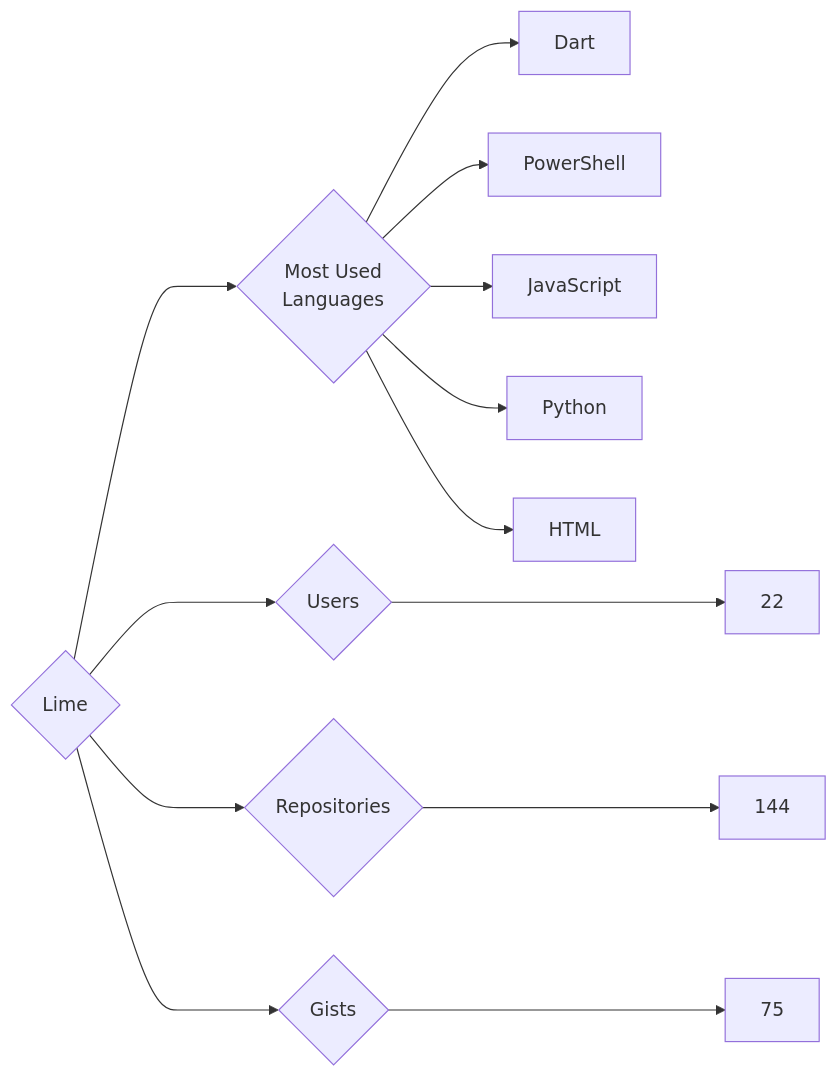
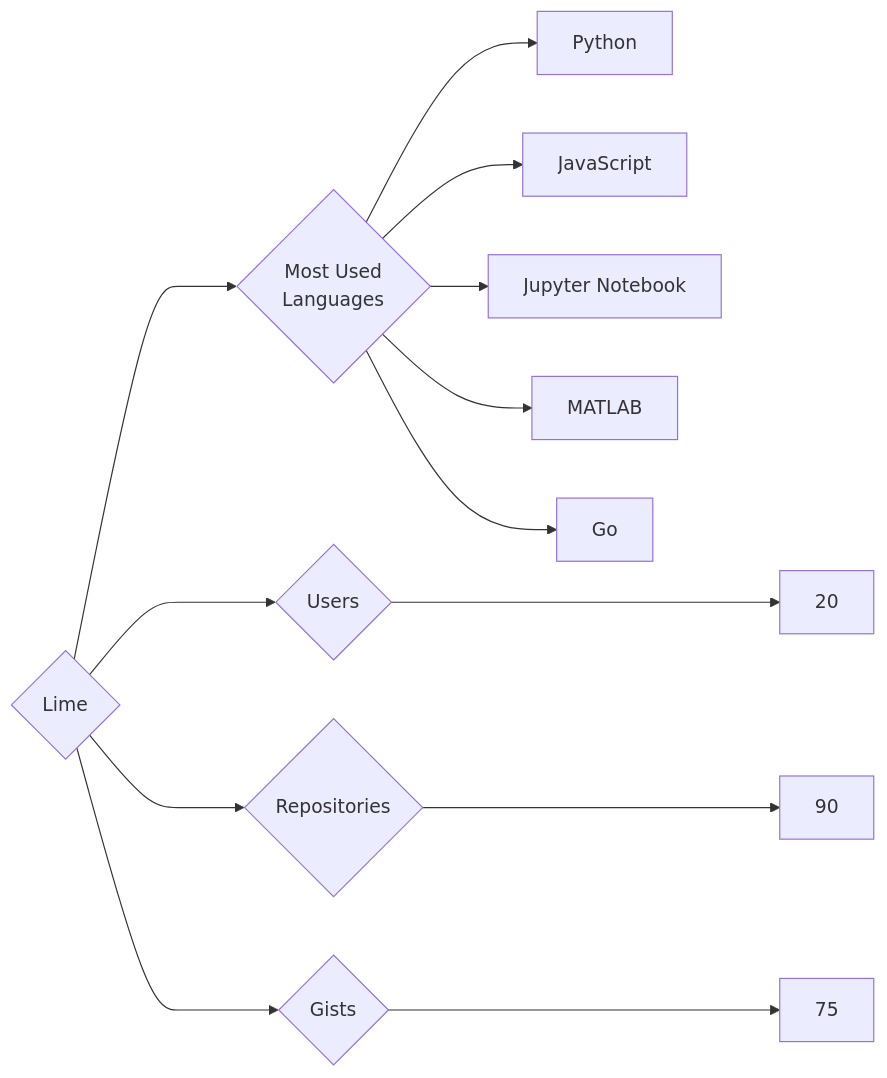
One commit to trickest/insiders changed the diagram in targets/Lime/README.md. Above: the diagram before and after it, drawn with Mermaid. The commit also changed 823 other files, not shown here.

````diff
--- a/targets/Lime/README.md
+++ b/targets/Lime/README.md
@@ -3,13 +3,13 @@
 ```mermaid
 graph LR
 COMPANY_NAME{Lime}
-COMPANY_NAME ---> U{Users} ---> UN[22]
-COMPANY_NAME ---> R{Repositories} ---> RN[144]
+COMPANY_NAME ---> U{Users} ---> UN[20]
+COMPANY_NAME ---> R{Repositories} ---> RN[90]
 COMPANY_NAME ---> G{Gists} ---> GN[75]
 COMPANY_NAME ---> ML{Most Used<br>Languages}
-ML --> Dart[Dart]
-ML --> PowerShell[PowerShell]
+ML --> Python[Python]
 ML --> JavaScript[JavaScript]
-ML --> Python[Python]
-ML --> HTML[HTML]
+ML --> Jupyter_Notebook[Jupyter Notebook]
+ML --> MATLAB[MATLAB]
+ML --> Go[Go]
 ```
````
